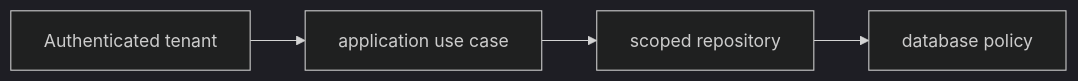
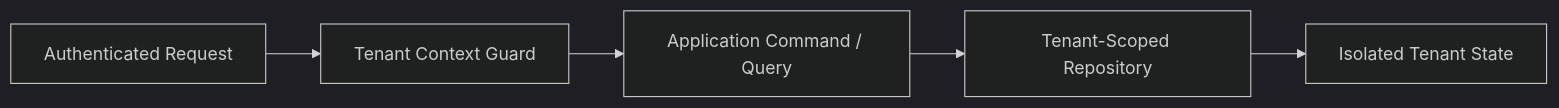
Before and after one commit to sohail-sharif-official/clean-architecture-tenant-api: the diagram in README.md, drawn with Mermaid (dark theme). The commit also changed other lines of this file and 4 other files, not shown here.

Commit message:
Update architecture documentation, mermaid diagrams, and verification guide

````diff
--- a/README.md
+++ b/README.md
@@ -17,7 +10,7 @@
 ```mermaid
 flowchart LR
-  n0["Authenticated tenant"] --> n1
-  n1["application use case"] --> n2
-  n2["scoped repository"] --> n3
-  n3["database policy"]
+  Req["Authenticated Request"] --> Ctx["Tenant Context Guard"]
+  Ctx --> UseCase["Application Command / Query"]
+  UseCase --> Repo["Tenant-Scoped Repository"]
+  Repo --> Store["Isolated Tenant State"]
 ```
````
